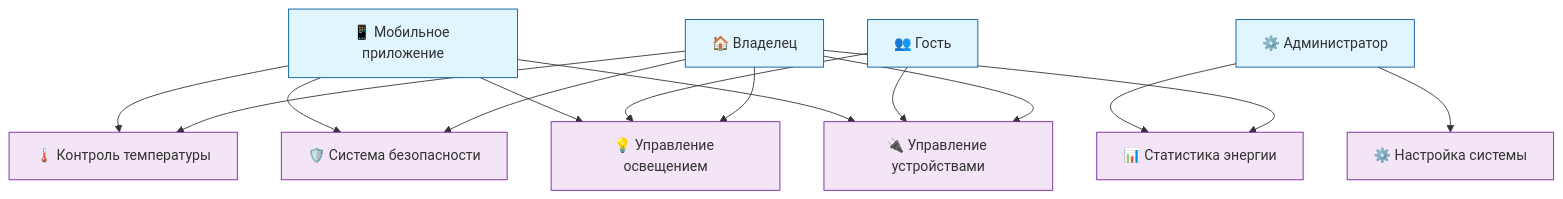
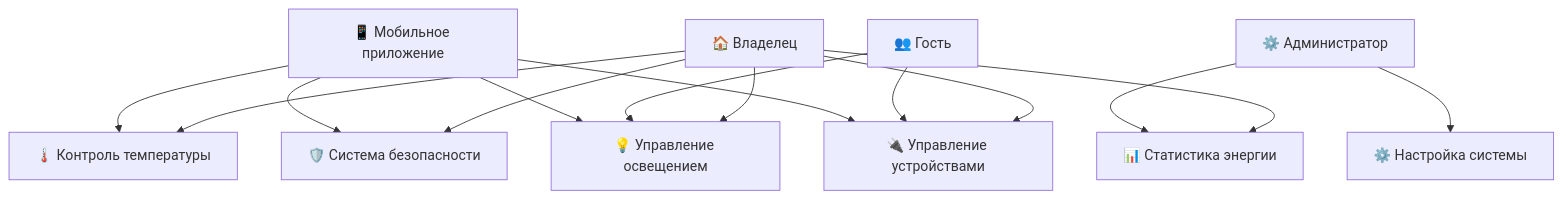
The diagram in README.md (Fadelovers/uml_home), drawn with Mermaid before and after one commit.

````diff
--- a/README.md
+++ b/README.md
@@ -17,27 +17,26 @@
 ```mermaid
 flowchart TD
     %% Акторы
     A1[🏠 Владелец]
     A2[👥 Гость] 
     A3[⚙️ Администратор]
     A4[📱 Мобильное приложение]
 
     %% Основные функции
     B1[🌡️ Контроль температуры]
     B2[💡 Управление освещением]
     B3[🛡️ Система безопасности]
     B4[🔌 Управление устройствами]
     B5[📊 Статистика энергии]
     B6[⚙️ Настройка системы]
 
     %% Связи
     A1 --> B1 & B2 & B3 & B4 & B5
     A2 --> B2 & B4
     A3 --> B5 & B6
     A4 --> B1 & B2 & B3 & B4
 
-    classDef actor fill:#e1f5fe,stroke:#01579b
-    classDef function fill:#f3e5f5,stroke:#7b1fa2
+    classDef dark fill:#333333,stroke:#666666,color:white
     class A1,A2,A3,A4 actor
     class B1,B2,B3,B4,B5,B6 function
 ```
````
